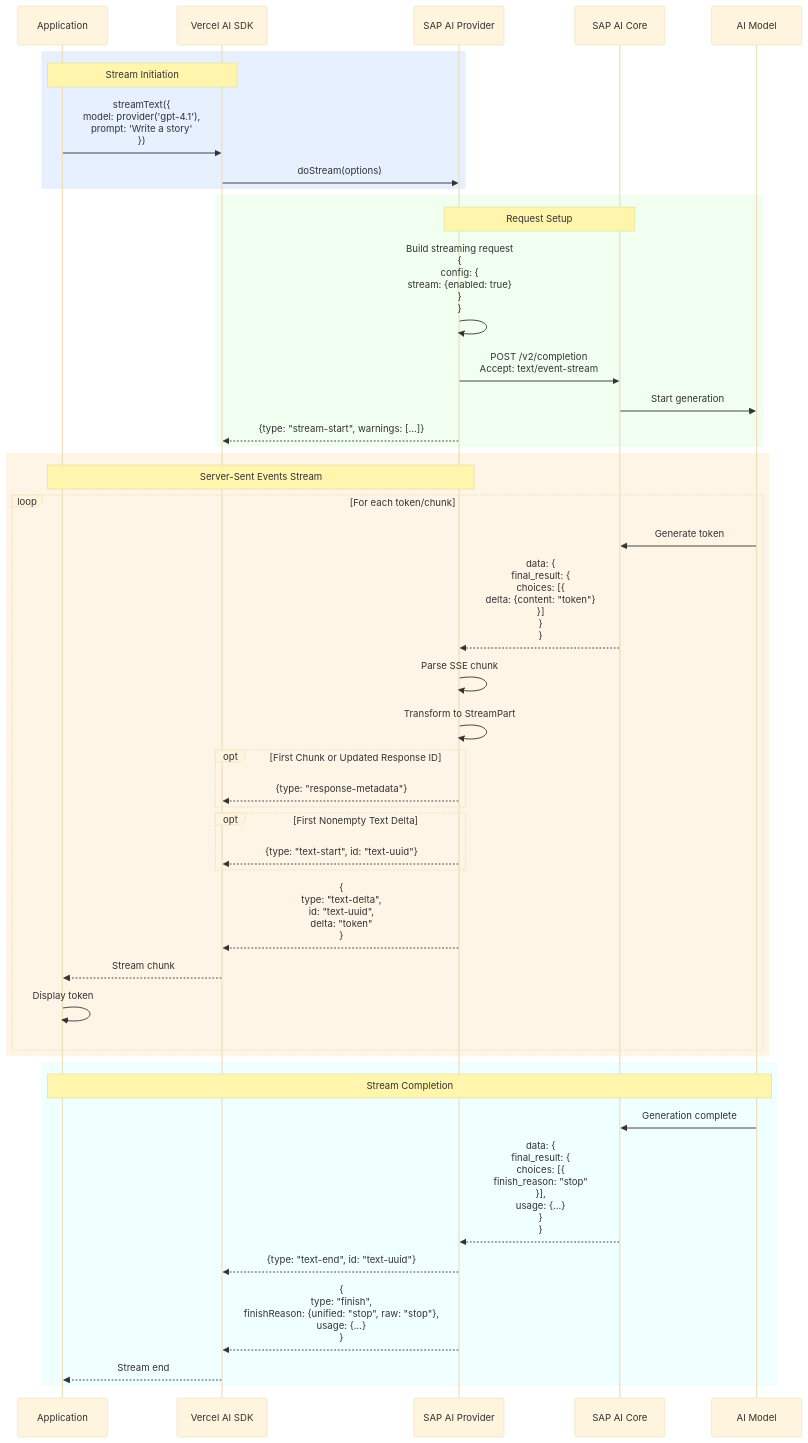
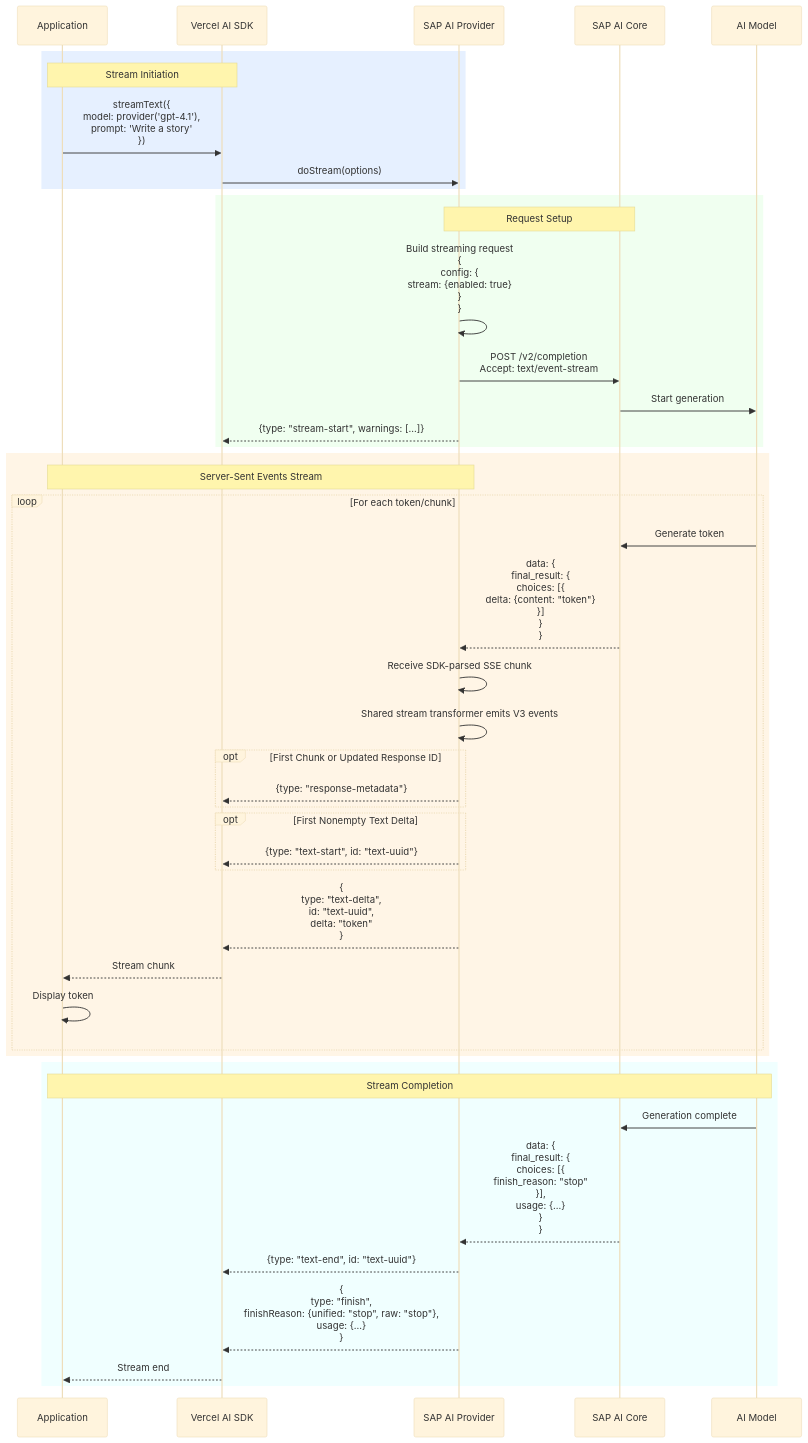
Before and after one commit to jerome-benoit/sap-ai-provider: the fifth of 11 diagrams in ARCHITECTURE.md, drawn with Mermaid (base theme). The commit also changed other lines of this file and 24 other files, not shown here.

````diff
--- a/ARCHITECTURE.md
+++ b/ARCHITECTURE.md
@@ -457,52 +460,52 @@
 ```mermaid
 sequenceDiagram
     participant App as Application
     participant SDK as Vercel AI SDK
     participant Provider as SAP AI Provider
     participant SAP as SAP AI Core
     participant Model as AI Model
 
     rect rgb(230, 240, 255)
         Note over App,SDK: Stream Initiation
         App->>SDK: streamText({<br/>  model: provider('gpt-4.1'),<br/>  prompt: 'Write a story'<br/>})
         SDK->>Provider: doStream(options)
     end
 
     rect rgb(240, 255, 240)
         Note over Provider,SAP: Request Setup
         Provider->>Provider: Build streaming request<br/>{<br/>  config: {<br/>    stream: {enabled: true}<br/>  }<br/>}
         Provider->>SAP: POST /v2/completion<br/>Accept: text/event-stream
         SAP->>Model: Start generation
         Provider-->>SDK: {type: "stream-start", warnings: [...]}
     end
 
     rect rgb(255, 245, 230)
         Note over Provider,App: Server-Sent Events Stream
         loop For each token/chunk
             Model->>SAP: Generate token
             SAP-->>Provider: data: {<br/>  final_result: {<br/>    choices: [{<br/>      delta: {content: "token"}<br/>    }]<br/>  }<br/>}
-            Provider->>Provider: Parse SSE chunk
-            Provider->>Provider: Transform to StreamPart
+            Provider->>Provider: Receive SDK-parsed SSE chunk
+            Provider->>Provider: Shared stream transformer emits V3 events
 
             opt First Chunk or Updated Response ID
                 Provider-->>SDK: {type: "response-metadata"}
             end
             opt First Nonempty Text Delta
                 Provider-->>SDK: {type: "text-start", id: "text-uuid"}
             end
 
             Provider-->>SDK: {<br/>  type: "text-delta",<br/>  id: "text-uuid",<br/>  delta: "token"<br/>}
             SDK-->>App: Stream chunk
             App->>App: Display token
         end
     end
 
     rect rgb(240, 255, 255)
         Note over Model,App: Stream Completion
         Model->>SAP: Generation complete
         SAP-->>Provider: data: {<br/>  final_result: {<br/>    choices: [{<br/>      finish_reason: "stop"<br/>    }],<br/>    usage: {...}<br/>  }<br/>}
         Provider-->>SDK: {type: "text-end", id: "text-uuid"}
         Provider-->>SDK: {<br/>  type: "finish",<br/>  finishReason: {unified: "stop", raw: "stop"},<br/>  usage: {...}<br/>}
         SDK-->>App: Stream end
     end
 ```
````
